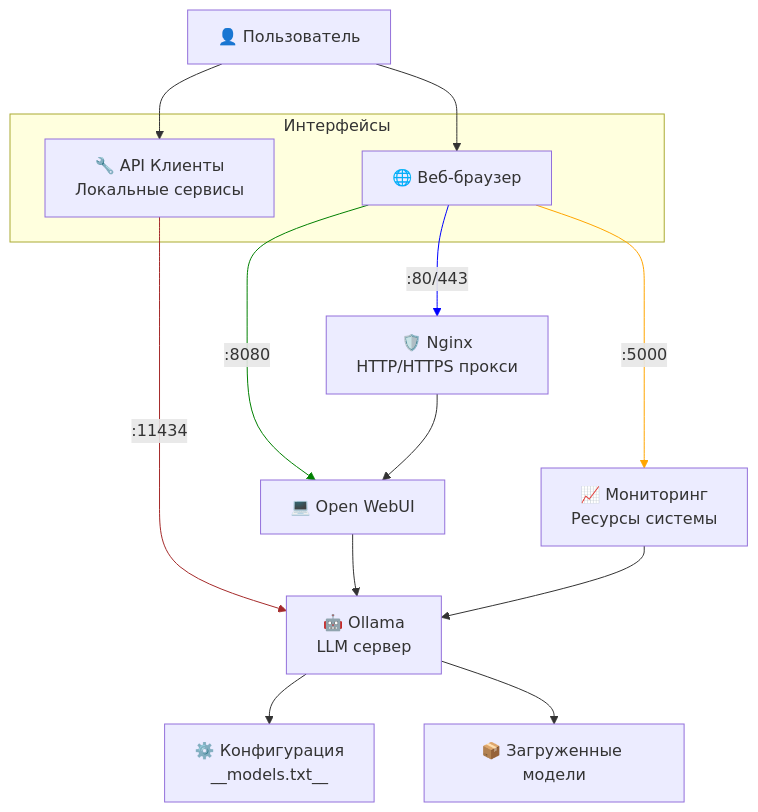
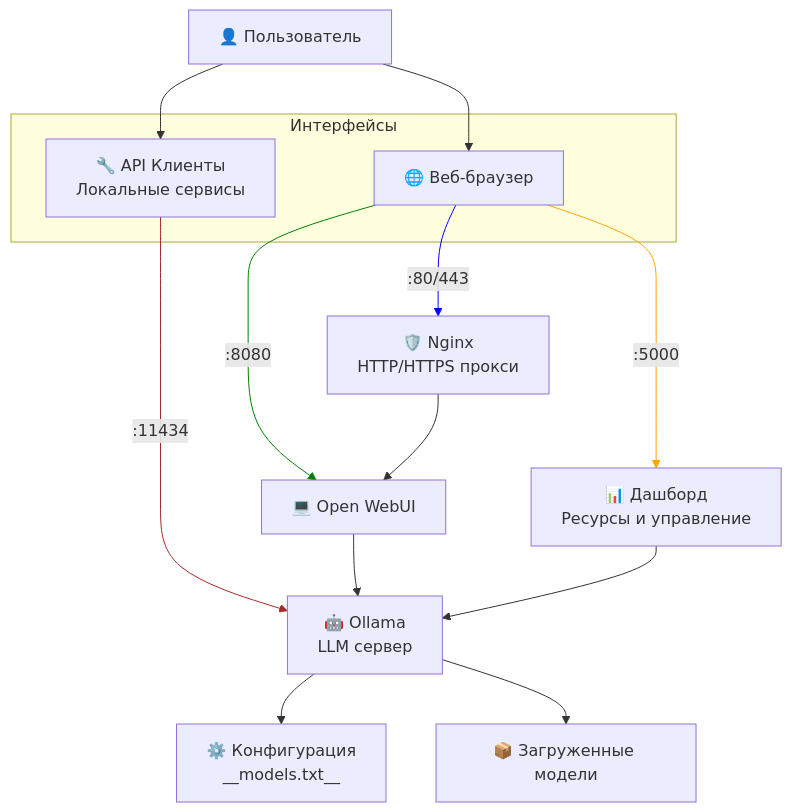
One commit to NikitaShubin/SelfHostedAI changed the diagram in README.md. Above: the diagram before and after it, drawn with Mermaid. The commit also changed other lines of this file and 7 other files, not shown here.

````diff
--- a/README.md
+++ b/README.md
@@ -19,51 +19,51 @@
 ```mermaid
 flowchart TD
 
     classDef invisibleLine stroke:none,stroke-width:0
     %% classDef invisible fill:none,stroke:none,width:0,height:0
 
     User["👤 Пользователь"]
 
     subgraph "Интерфейсы"
         Browser["🌐 Веб-браузер"]
         APIClients["🔧 API Клиенты<br/>Локальные сервисы"]
     end
 
     Nginx["🛡️ Nginx<br/>HTTP/HTTPS прокси"]
     WebUI["💻 Open WebUI"]
     Ollama["🤖 Ollama<br/>LLM сервер"]
-    Monitoring["📈 Мониторинг<br/>Ресурсы системы"]
+    Monitoring["📊 Дашборд<br/>Ресурсы и управление"]
 
     Models["📦 Загруженные модели"]
     Config["⚙️ Конфигурация<br/>__models.txt__"]
 
     %% Пользовательские связи:
     User --> Browser
     User --> APIClients
 
     %% Сетевые связи:
     Browser    -- :80/443 --> Nginx
     Browser    -- :8080   --> WebUI
     Browser    -- :5000   --> Monitoring
     APIClients -- :11434  --> Ollama
     
     %% Добавляем цвета к портам:
     linkStyle 2 stroke:blue,stroke-width:1px;
     linkStyle 3 stroke:green,stroke-width:1px;
     linkStyle 4 stroke:orange,stroke-width:1px;
     linkStyle 5 stroke:brown,stroke-width:1px;
 
     %% Взаимодействие через веб-интерфейс:
     Nginx --> WebUI
 
     %% Взаимодействие WebUI с Ollama:
     WebUI --> Ollama
 
     %% Взаимодействие Мониторинга с Ollama:
     Monitoring --> Ollama
 
     %% Данные и конфигурация:
     Ollama --> Config
     Ollama --> Models
 
 ```
````
